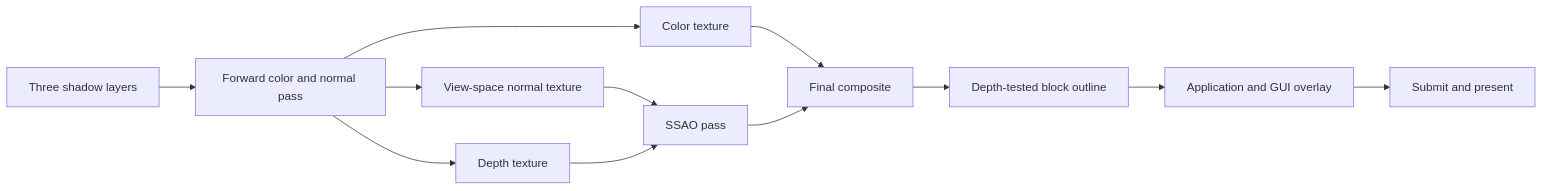
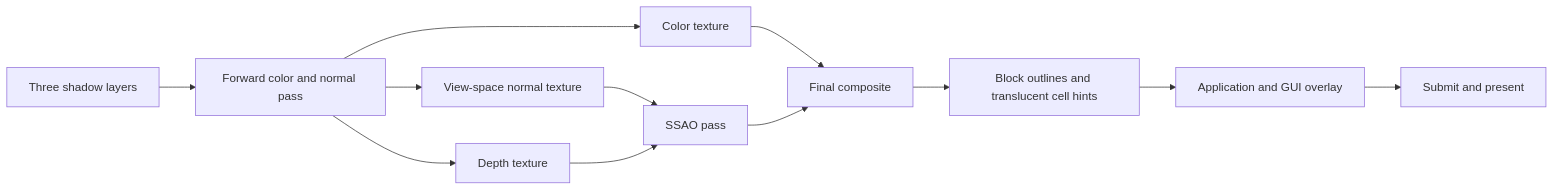
One commit to bacher/zig_engine changed the diagram in docs/rendering.md. Above: the diagram before and after it, drawn with Mermaid. The commit also changed other lines of this file and 20 other files, not shown here.

````diff
--- a/docs/rendering.md
+++ b/docs/rendering.md
@@ -9,14 +9,14 @@
 ```mermaid
 flowchart LR
     Shadow[Three shadow layers] --> Forward[Forward color and normal pass]
     Forward --> Color[Color texture]
     Forward --> Normal[View-space normal texture]
     Forward --> Depth[Depth texture]
     Normal --> SSAO[SSAO pass]
     Depth --> SSAO
     Color --> Final[Final composite]
     SSAO --> Final
-    Final --> Focus[Depth-tested block outline]
+    Final --> Focus[Block outlines and translucent cell hints]
     Focus --> Overlay[Application and GUI overlay]
     Overlay --> Present[Submit and present]
 ```
````
